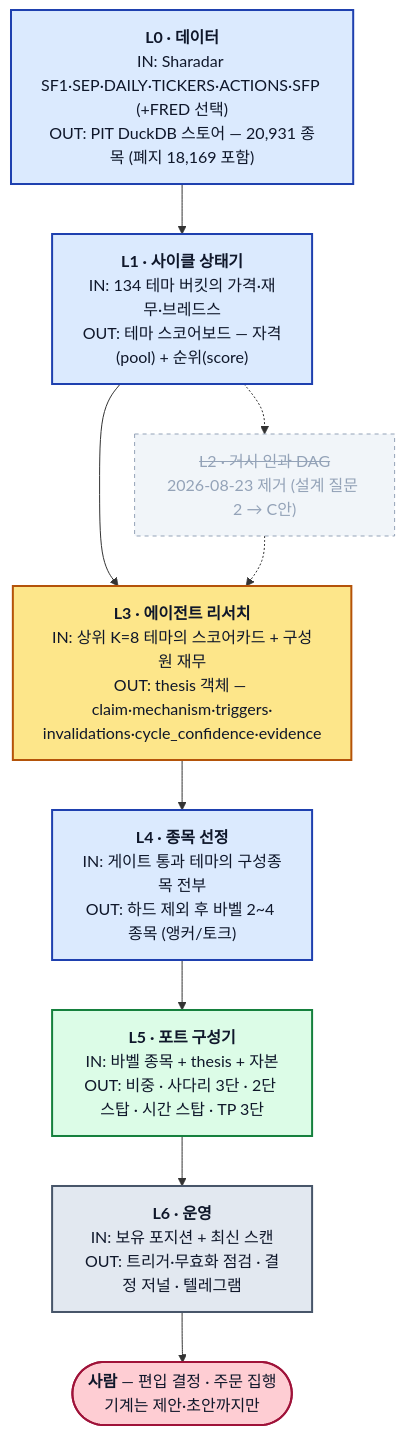
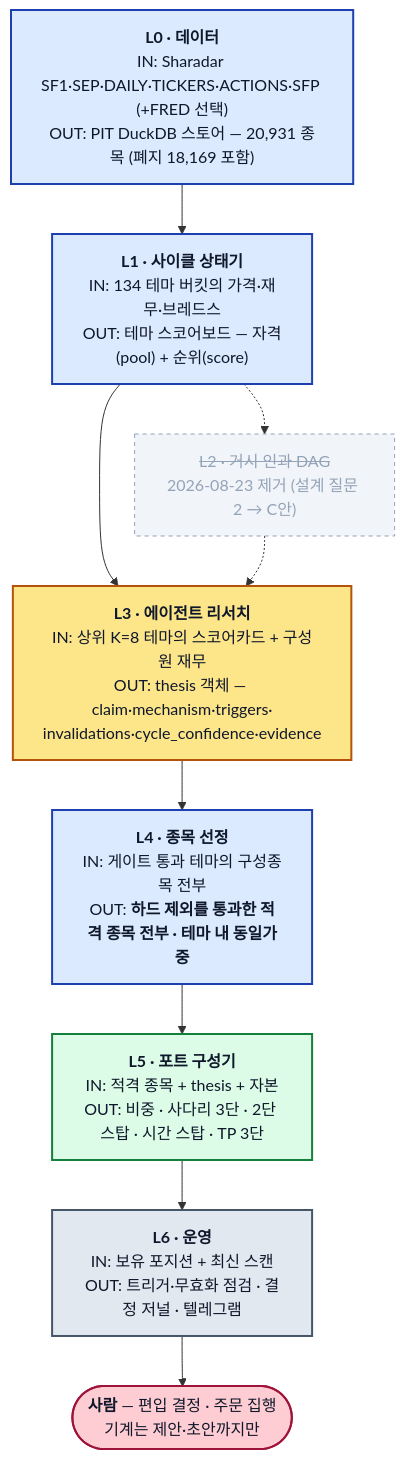
Before and after one commit to younghwan91/macro-sector-agent: the first of 4 diagrams in README.md, drawn with Mermaid. The commit also changed other lines of this file and 13 other files, not shown here.

````diff
--- a/README.md
+++ b/README.md
@@ -14,29 +14,29 @@
 ```mermaid
 flowchart TD
     L0["<b>L0 · 데이터</b><br/>IN: Sharadar SF1·SEP·DAILY·TICKERS·ACTIONS·SFP (+FRED 선택)<br/>OUT: PIT DuckDB 스토어 — 20,931 종목 (폐지 18,169 포함)"]
     L1["<b>L1 · 사이클 상태기</b><br/>IN: 134 테마 버킷의 가격·재무·브레드스<br/>OUT: 테마 스코어보드 — 자격(pool) + 순위(score)"]
     L2["<s>L2 · 거시 인과 DAG</s><br/>2026-08-23 제거 (설계 질문 2 → C안)"]
     L3["<b>L3 · 에이전트 리서치</b><br/>IN: 상위 K=8 테마의 스코어카드 + 구성원 재무<br/>OUT: thesis 객체 — claim·mechanism·triggers·<br/>invalidations·cycle_confidence·evidence"]
-    L4["<b>L4 · 종목 선정</b><br/>IN: 게이트 통과 테마의 구성종목 전부<br/>OUT: 하드 제외 후 바벨 2~4 종목 (앵커/토크)"]
-    L5["<b>L5 · 포트 구성기</b><br/>IN: 바벨 종목 + thesis + 자본<br/>OUT: 비중 · 사다리 3단 · 2단 스탑 · 시간 스탑 · TP 3단"]
+    L4["<b>L4 · 종목 선정</b><br/>IN: 게이트 통과 테마의 구성종목 전부<br/>OUT: <b>하드 제외를 통과한 적격 종목 전부 · 테마 내 동일가중</b>"]
+    L5["<b>L5 · 포트 구성기</b><br/>IN: 적격 종목 + thesis + 자본<br/>OUT: 비중 · 사다리 3단 · 2단 스탑 · 시간 스탑 · TP 3단"]
     L6["<b>L6 · 운영</b><br/>IN: 보유 포지션 + 최신 스캔<br/>OUT: 트리거·무효화 점검 · 결정 저널 · 텔레그램"]
     H(["<b>사람</b> — 편입 결정 · 주문 집행<br/>기계는 제안·초안까지만"])
 
     L0 --> L1 --> L3 --> L4 --> L5 --> L6 --> H
     L1 -.-> L2
     L2 -.-> L3
 
     classDef code fill:#dbeafe,stroke:#1e40af,stroke-width:2px,color:#0f172a
     classDef llm fill:#fde68a,stroke:#b45309,stroke-width:2px,color:#0f172a
     classDef opt fill:#dcfce7,stroke:#15803d,stroke-width:2px,color:#0f172a
     classDef ops fill:#e2e8f0,stroke:#475569,stroke-width:2px,color:#0f172a
     classDef gone fill:#f1f5f9,stroke:#94a3b8,stroke-dasharray:4 4,color:#94a3b8
     classDef human fill:#fecdd3,stroke:#9f1239,stroke-width:2px,color:#0f172a
 
     class L0,L1,L4 code
     class L3 llm
     class L5 opt
     class L6 ops
     class L2 gone
     class H human
 ```
````
